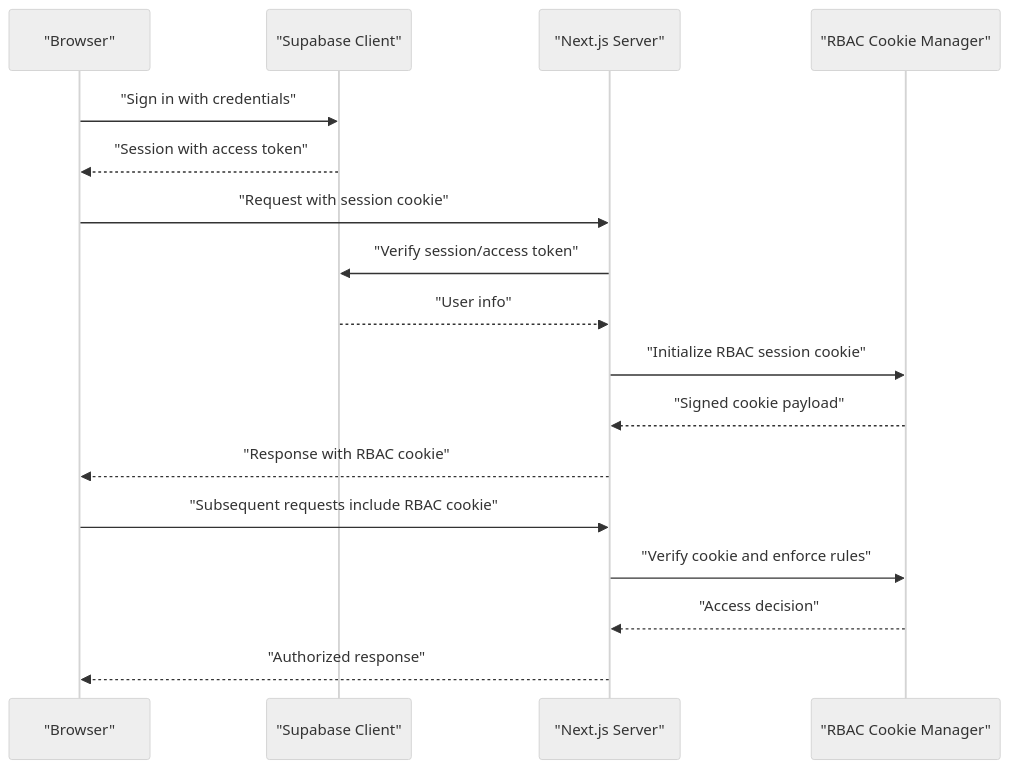
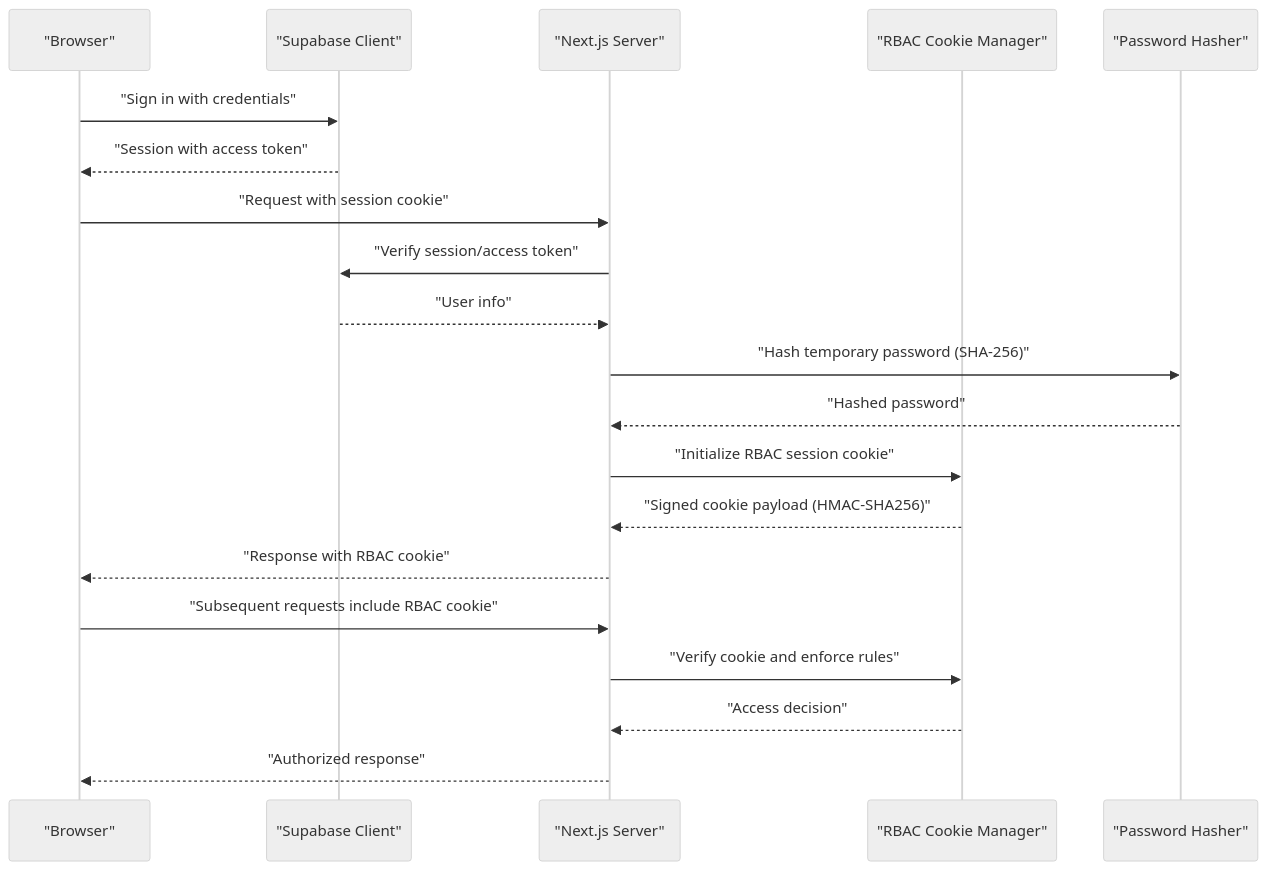
Before and after one commit to mustafaalkusaj/appschoolmustafa2002: the second of 7 diagrams in .qoder/repowiki/en/content/Authentication & Authorization/Authentication & Authorization.md, drawn with Mermaid (neutral theme). The commit also changed other lines of this file and 8 other files, not shown here.

````diff
--- a/.qoder/repowiki/en/content/Authentication & Authorization/Authentication & Authorization.md
+++ b/.qoder/repowiki/en/content/Authentication & Authorization/Authentication & Authorization.md
@@ -122,19 +136,22 @@
 ```mermaid
 sequenceDiagram
 participant Browser as "Browser"
 participant Supabase as "Supabase Client"
 participant Server as "Next.js Server"
 participant RBAC as "RBAC Cookie Manager"
+participant Password as "Password Hasher"
 Browser->>Supabase : "Sign in with credentials"
 Supabase-->>Browser : "Session with access token"
 Browser->>Server : "Request with session cookie"
 Server->>Supabase : "Verify session/access token"
 Supabase-->>Server : "User info"
+Server->>Password : "Hash temporary password (SHA-256)"
+Password-->>Server : "Hashed password"
 Server->>RBAC : "Initialize RBAC session cookie"
-RBAC-->>Server : "Signed cookie payload"
+RBAC-->>Server : "Signed cookie payload (HMAC-SHA256)"
 Server-->>Browser : "Response with RBAC cookie"
 Browser->>Server : "Subsequent requests include RBAC cookie"
 Server->>RBAC : "Verify cookie and enforce rules"
 RBAC-->>Server : "Access decision"
 Server-->>Browser : "Authorized response"
 ```
````
